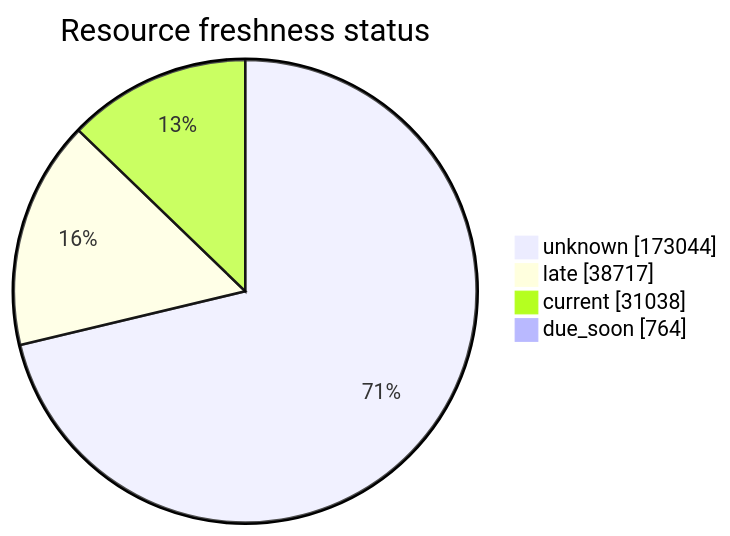
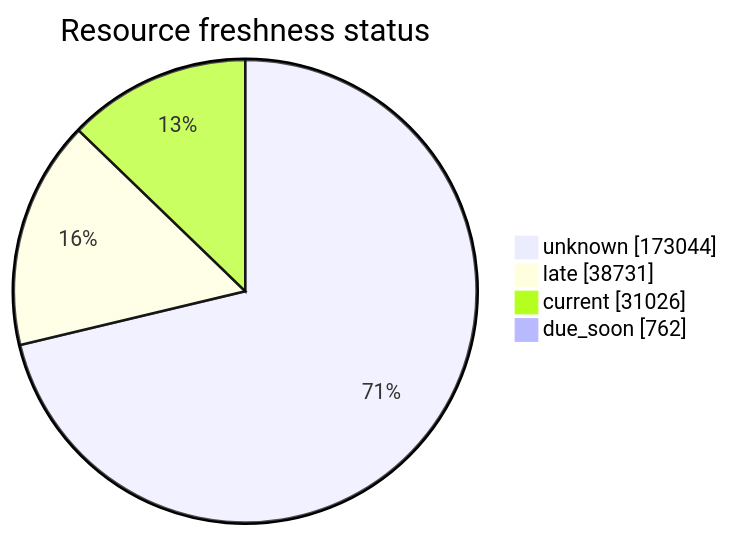
Before and after one commit to open-data/analytics-corporate-reporting: the third of 5 diagrams in FreshCheck/README.md, drawn with Mermaid. The commit also changed other lines of this file and 3 other files, not shown here.

````diff
--- a/FreshCheck/README.md
+++ b/FreshCheck/README.md
@@ -77,7 +77,7 @@
 ```mermaid
 pie showData title Resource freshness status
     "unknown": 173044
-    "late": 38717
-    "current": 31038
-    "due_soon": 764
+    "late": 38731
+    "current": 31026
+    "due_soon": 762
 ```
````
